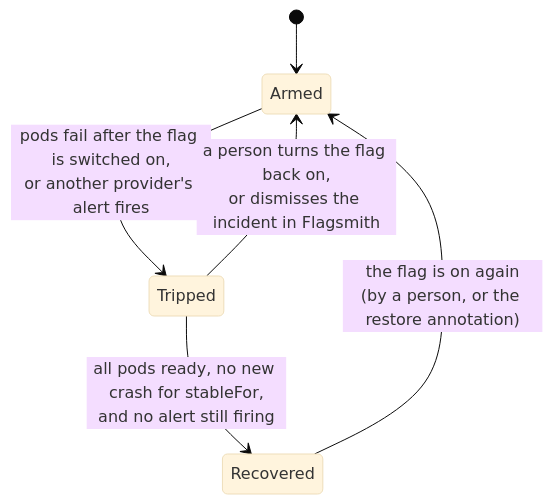
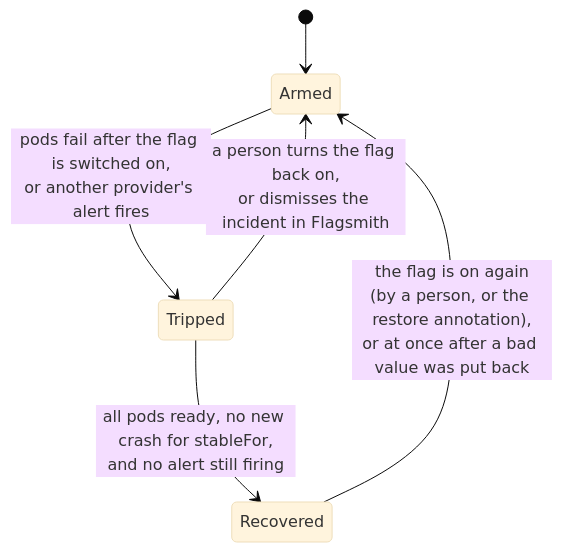
One commit to Pradyuman-aviator/flagbreaker changed the second of 2 diagrams in docs/design.md. Above: the diagram before and after it, drawn with Mermaid (base theme). The commit also changed other lines of this file and 3 other files, not shown here.

First line of the commit message:
docs: describe incidents caused by a bad value

````diff
--- a/docs/design.md
+++ b/docs/design.md
@@ -61,8 +63,8 @@
 ```mermaid
 stateDiagram-v2
   [*] --> Armed
   Armed --> Tripped: pods fail after the flag is switched on,<br/>or another provider's alert fires
   Tripped --> Recovered: all pods ready, no new crash for stableFor,<br/>and no alert still firing
   Tripped --> Armed: a person turns the flag back on,<br/>or dismisses the incident in Flagsmith
-  Recovered --> Armed: the flag is on again<br/>(by a person, or the restore annotation)
+  Recovered --> Armed: the flag is on again<br/>(by a person, or the restore annotation),<br/>or at once after a bad value was put back
 ```
````
